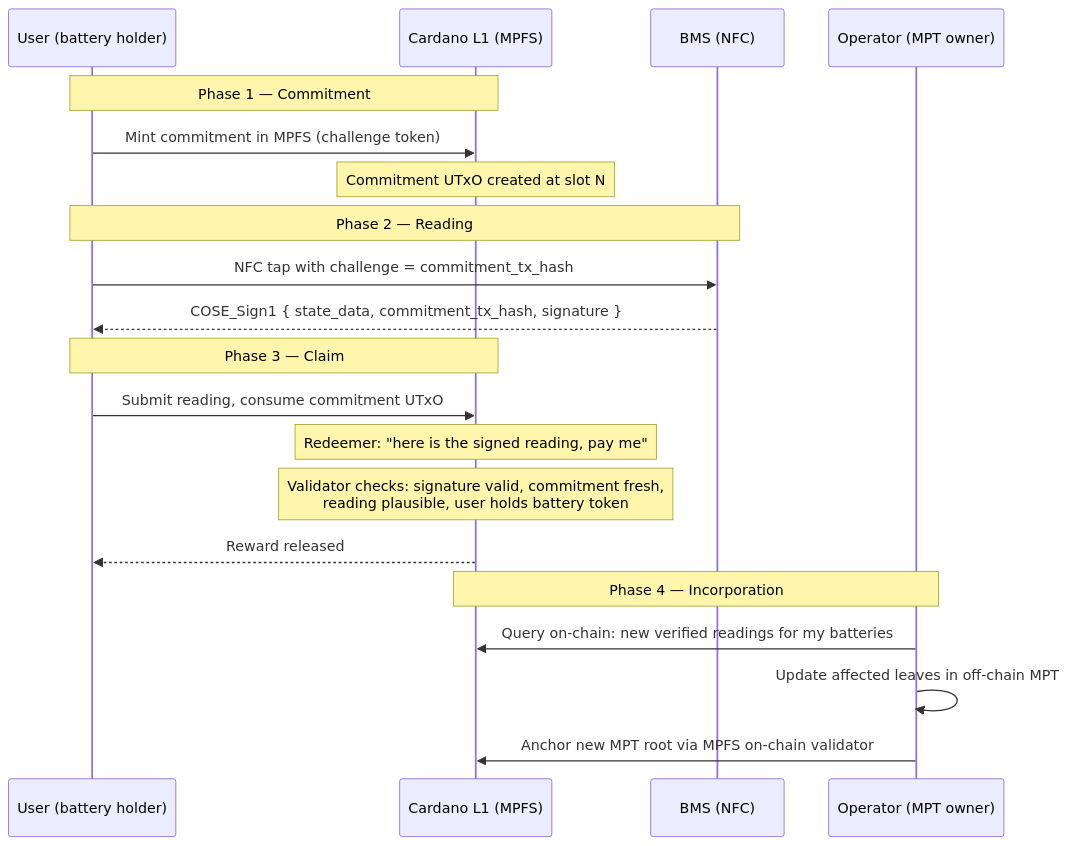
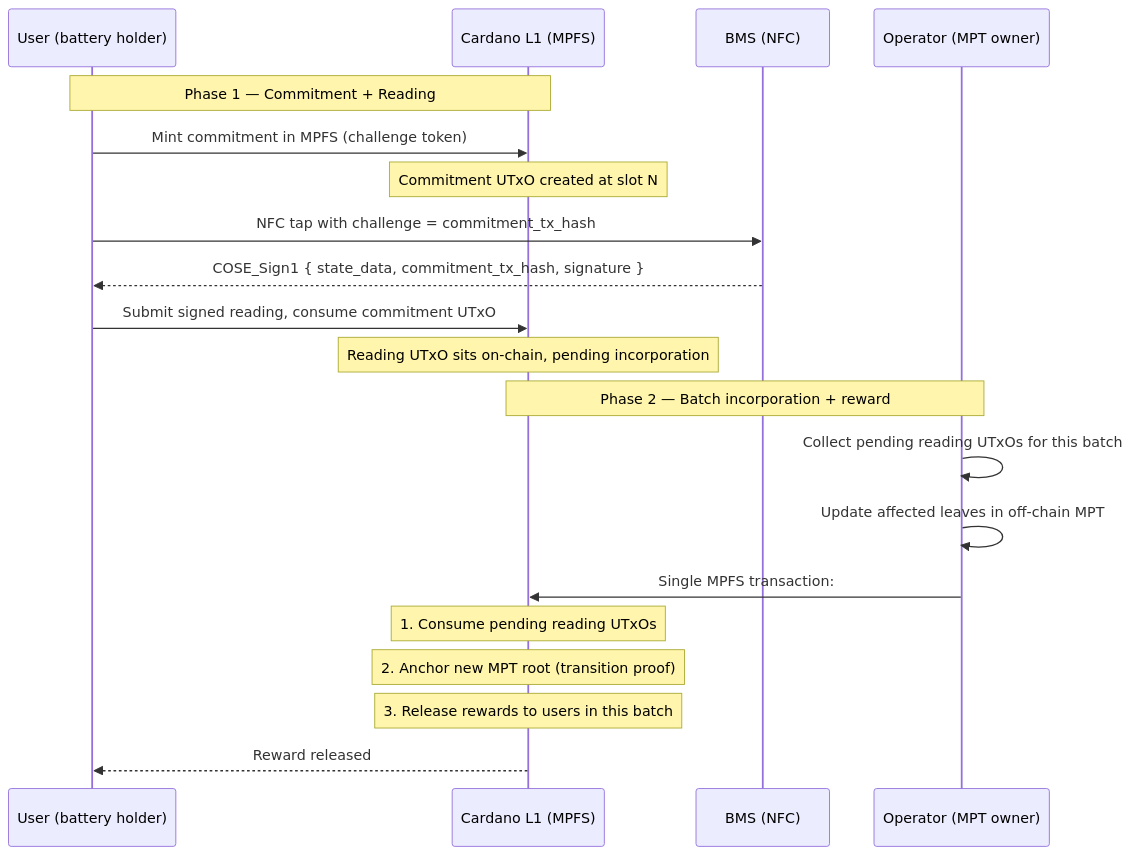
The fifth of 6 diagrams in docs/sectors/batteries/architecture.md (lambdasistemi/eu-digital-product-passport), drawn with Mermaid before and after one commit. The commit also changed other lines of this file, not shown here.

First line of the commit message:
feat: atomic reward release at incorporation time

````diff
--- a/docs/sectors/batteries/architecture.md
+++ b/docs/sectors/batteries/architecture.md
@@ -198,26 +198,24 @@
 ```mermaid
 sequenceDiagram
     participant U as User (battery holder)
     participant C as Cardano L1 (MPFS)
     participant B as BMS (NFC)
     participant O as Operator (MPT owner)
 
-    Note over U,C: Phase 1 — Commitment
+    Note over U,C: Phase 1 — Commitment + Reading
     U->>C: Mint commitment in MPFS (challenge token)
     Note over C: Commitment UTxO created at slot N
-
-    Note over U,B: Phase 2 — Reading
     U->>B: NFC tap with challenge = commitment_tx_hash
     B-->>U: COSE_Sign1 { state_data, commitment_tx_hash, signature }
+    U->>C: Submit signed reading, consume commitment UTxO
+    Note over C: Reading UTxO sits on-chain, pending incorporation
 
-    Note over U,C: Phase 3 — Claim
-    U->>C: Submit reading, consume commitment UTxO
-    Note over C: Redeemer: "here is the signed reading, pay me"
-    Note over C: Validator checks: signature valid, commitment fresh,<br/>reading plausible, user holds battery token
+    Note over O,C: Phase 2 — Batch incorporation + reward
+    O->>O: Collect pending reading UTxOs for this batch
+    O->>O: Update affected leaves in off-chain MPT
+    O->>C: Single MPFS transaction:
+    Note over C: 1. Consume pending reading UTxOs
+    Note over C: 2. Anchor new MPT root (transition proof)
+    Note over C: 3. Release rewards to users in this batch
     C-->>U: Reward released
-
-    Note over O,C: Phase 4 — Incorporation
-    O->>C: Query on-chain: new verified readings for my batteries
-    O->>O: Update affected leaves in off-chain MPT
-    O->>C: Anchor new MPT root via MPFS on-chain validator
 ```
````
